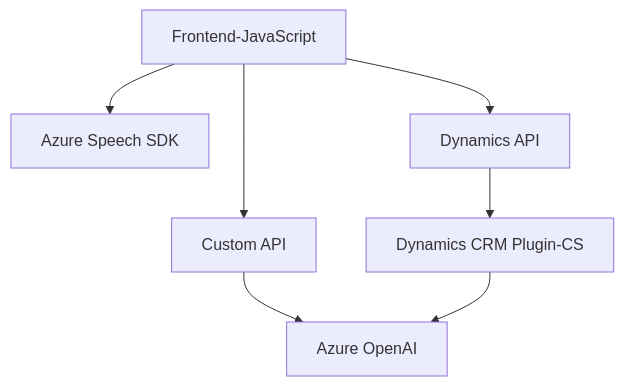
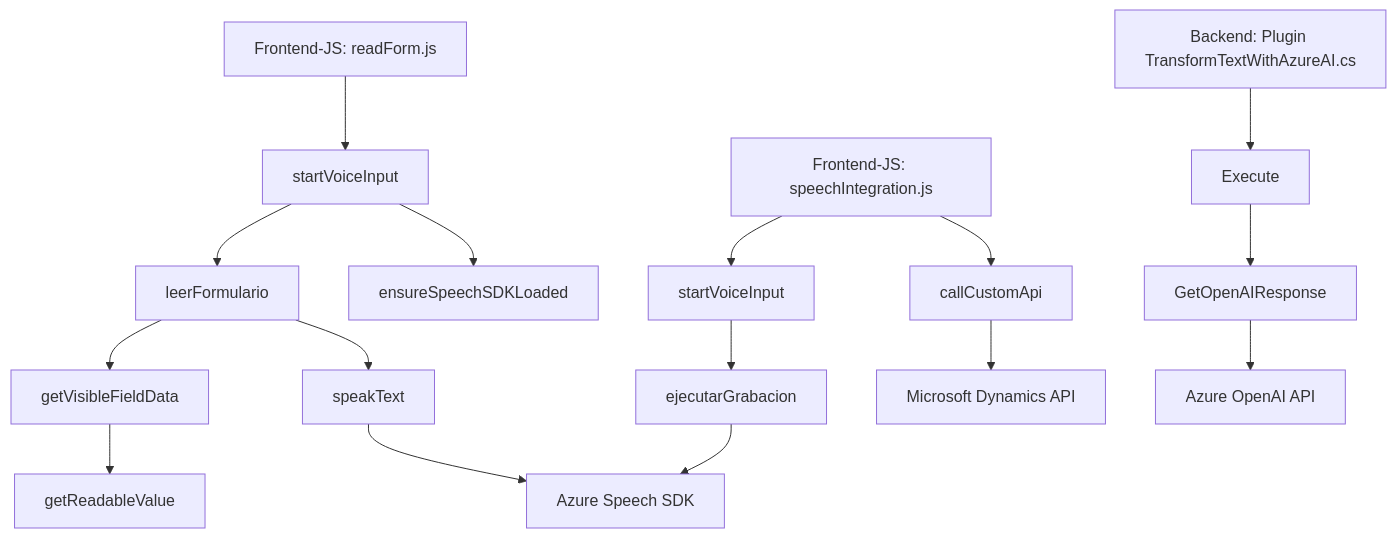
One commit to blopezdm/NETCORE_BILBAO2025 changed the diagram in README.md. Above: the diagram before and after it, drawn with Mermaid. The commit also changed other lines of this file, not shown here.

````diff
--- a/README.md
+++ b/README.md
@@ -39,9 +39,20 @@
 ```mermaid
 graph TD
-    A["Frontend-JavaScript"] --> B["Azure Speech SDK"]
-    A --> C["Dynamics API"]
-    A --> D["Custom API"]
-    D --> E["Azure OpenAI"]
-    C --> F["Dynamics CRM Plugin-CS"]
-    F --> E
+    A["Frontend-JS: readForm.js"] --> B["startVoiceInput"]
+    B --> C["leerFormulario"]
+    B --> D["ensureSpeechSDKLoaded"]
+    C --> E["getVisibleFieldData"]
+    C --> F["speakText"]
+    E --> G["getReadableValue"]
+    F --> H["Azure Speech SDK"]
+
+    I["Frontend-JS: speechIntegration.js"] --> J["startVoiceInput"]
+    J --> K["ejecutarGrabacion"]
+    I --> L["callCustomApi"]
+    K --> H
+    L --> M["Microsoft Dynamics API"]
+
+    N["Backend: Plugin TransformTextWithAzureAI.cs"] --> O["Execute"]
+    O --> P["GetOpenAIResponse"]
+    P --> Q["Azure OpenAI API"]
 ```
````
